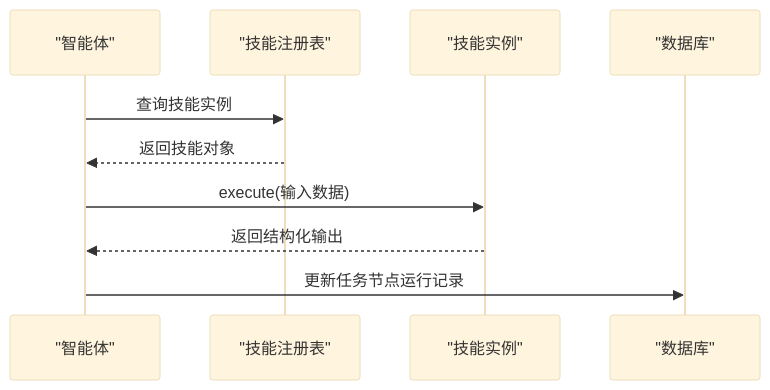
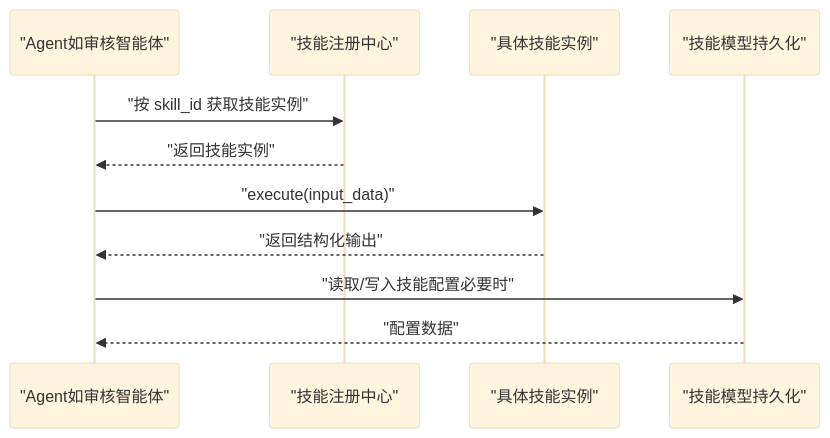
One commit to sansansansansan2022-web/hotclaw changed the second of 7 diagrams in .qoder/repowiki/zh/content/技能系统/内置技能实现/内置技能实现.md. Above: the diagram before and after it, drawn with Mermaid (base theme). The commit also changed other lines of this file and 288 other files, not shown here.

````diff
--- a/.qoder/repowiki/zh/content/技能系统/内置技能实现/内置技能实现.md
+++ b/.qoder/repowiki/zh/content/技能系统/内置技能实现/内置技能实现.md
@@ -97,12 +82,13 @@
 ```mermaid
 sequenceDiagram
-participant Agent as "智能体"
-participant Registry as "技能注册表"
-participant Skill as "技能实例"
-participant DB as "数据库"
-Agent->>Registry : 查询技能实例
-Registry-->>Agent : 返回技能对象
-Agent->>Skill : execute(输入数据)
-Skill-->>Agent : 返回结构化输出
-Agent->>DB : 更新任务节点运行记录
+participant Agent as "Agent如审核智能体"
+participant Registry as "技能注册中心"
+participant Skill as "具体技能实例"
+participant Model as "技能模型持久化"
+Agent->>Registry : "按 skill_id 获取技能实例"
+Registry-->>Agent : "返回技能实例"
+Agent->>Skill : "execute(input_data)"
+Skill-->>Agent : "返回结构化输出"
+Agent->>Model : "读取/写入技能配置必要时"
+Model-->>Agent : "配置数据"
 ```
````
